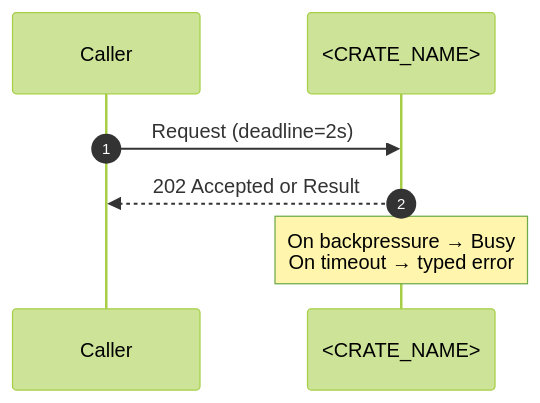
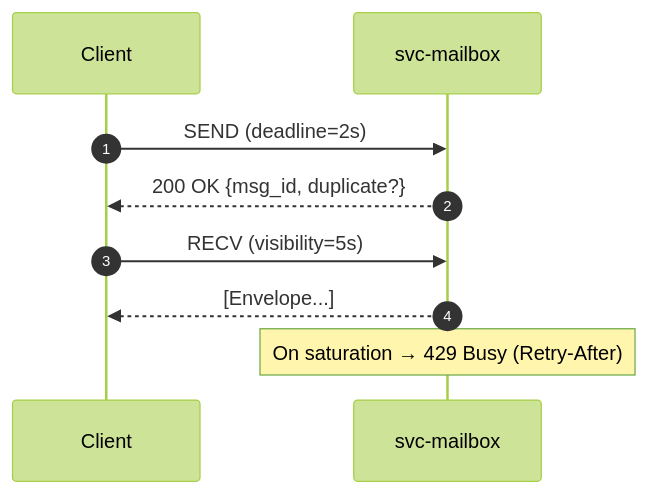
The first of 4 diagrams in crates/svc-mailbox/docs/CONCURRENCY.MD (Y3LLOWVESTS/rustyonions), drawn with Mermaid (forest theme) before and after one commit. The commit also changed other lines of this file and 73 other files, not shown here.

Commit message:
Scaffolded out svc-mailbox and completed IDB documentation for crate

````diff
--- a/crates/svc-mailbox/docs/CONCURRENCY.MD
+++ b/crates/svc-mailbox/docs/CONCURRENCY.MD
@@ -122,9 +146,11 @@
 ```mermaid
 sequenceDiagram
   autonumber
-  participant Caller
-  participant S as <CRATE_NAME>
-  Caller->>S: Request (deadline=2s)
-  S-->>Caller: 202 Accepted or Result
-  Note over S: On backpressure → Busy<br/>On timeout → typed error
+  participant Client
+  participant MB as svc-mailbox
+  Client->>MB: SEND (deadline=2s)
+  MB-->>Client: 200 OK {msg_id, duplicate?}
+  Client->>MB: RECV (visibility=5s)
+  MB-->>Client: [Envelope...]
+  Note over MB: On saturation → 429 Busy (Retry-After)
 ```
````
